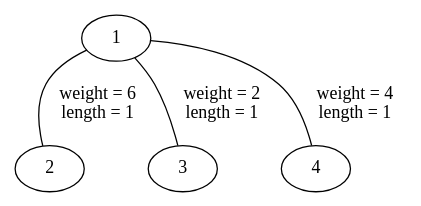
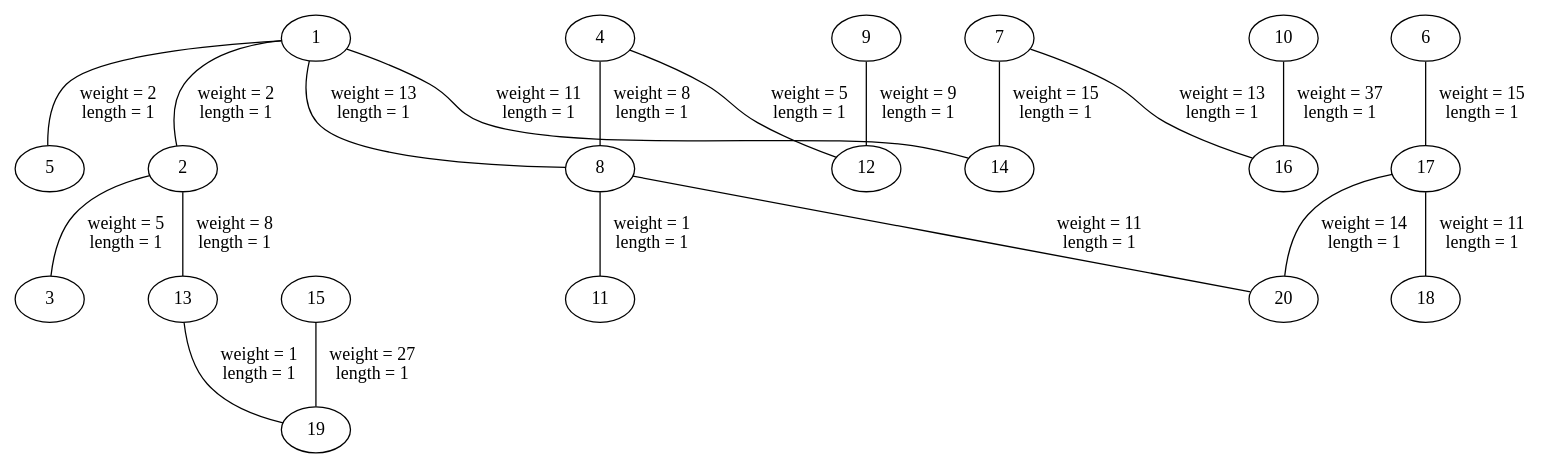
The diagram in graph_viz_output/Graph.gv (adam-elbernoussi/ENSAE-S2-IT-project), drawn with Graphviz before and after one commit. The commit also changed 5 other files, not shown here.

```diff
--- a/graph_viz_output/Graph.gv
+++ b/graph_viz_output/Graph.gv
@@ -1,14 +1,62 @@
 // Graph visualisation
 graph "Graph" {
 	graph [concentrate=True]
 	1
 	2
 	3
 	4
-	1 -- 3 [label="weight = 2
+	5
+	6
+	7
+	8
+	9
+	10
+	11
+	12
+	13
+	14
+	15
+	16
+	17
+	18
+	19
+	20
+	1 -- 2 [label="weight = 2
  length = 1" weight=2]
-	1 -- 4 [label="weight = 4
- length = 1" weight=4]
-	1 -- 2 [label="weight = 6
- length = 1" weight=6]
+	1 -- 5 [label="weight = 2
+ length = 1" weight=2]
+	1 -- 14 [label="weight = 11
+ length = 1" weight=11]
+	1 -- 8 [label="weight = 13
+ length = 1" weight=13]
+	2 -- 3 [label="weight = 5
+ length = 1" weight=5]
+	2 -- 13 [label="weight = 8
+ length = 1" weight=8]
+	4 -- 12 [label="weight = 5
+ length = 1" weight=5]
+	4 -- 8 [label="weight = 8
+ length = 1" weight=8]
+	6 -- 17 [label="weight = 15
+ length = 1" weight=15]
+	7 -- 16 [label="weight = 13
+ length = 1" weight=13]
+	7 -- 14 [label="weight = 15
+ length = 1" weight=15]
+	8 -- 11 [label="weight = 1
+ length = 1" weight=1]
+	8 -- 20 [label="weight = 11
+ length = 1" weight=11]
+	9 -- 12 [label="weight = 9
+ length = 1" weight=9]
+	10 -- 16 [label="weight = 37
+ length = 1" weight=37]
+	13 -- 19 [label="weight = 1
+ length = 1" weight=1]
+	15 -- 19 [label="weight = 27
+ length = 1" weight=27]
+	17 -- 18 [label="weight = 11
+ length = 1" weight=11]
+	17 -- 20 [label="weight = 14
+ length = 1" weight=14]
 }
```
